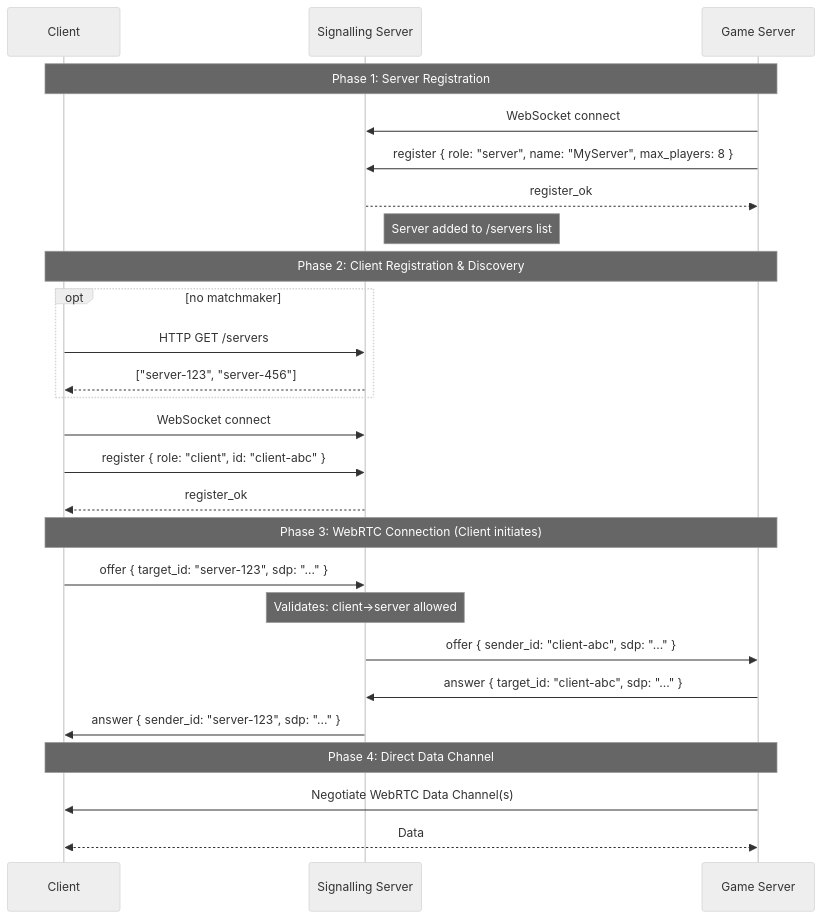
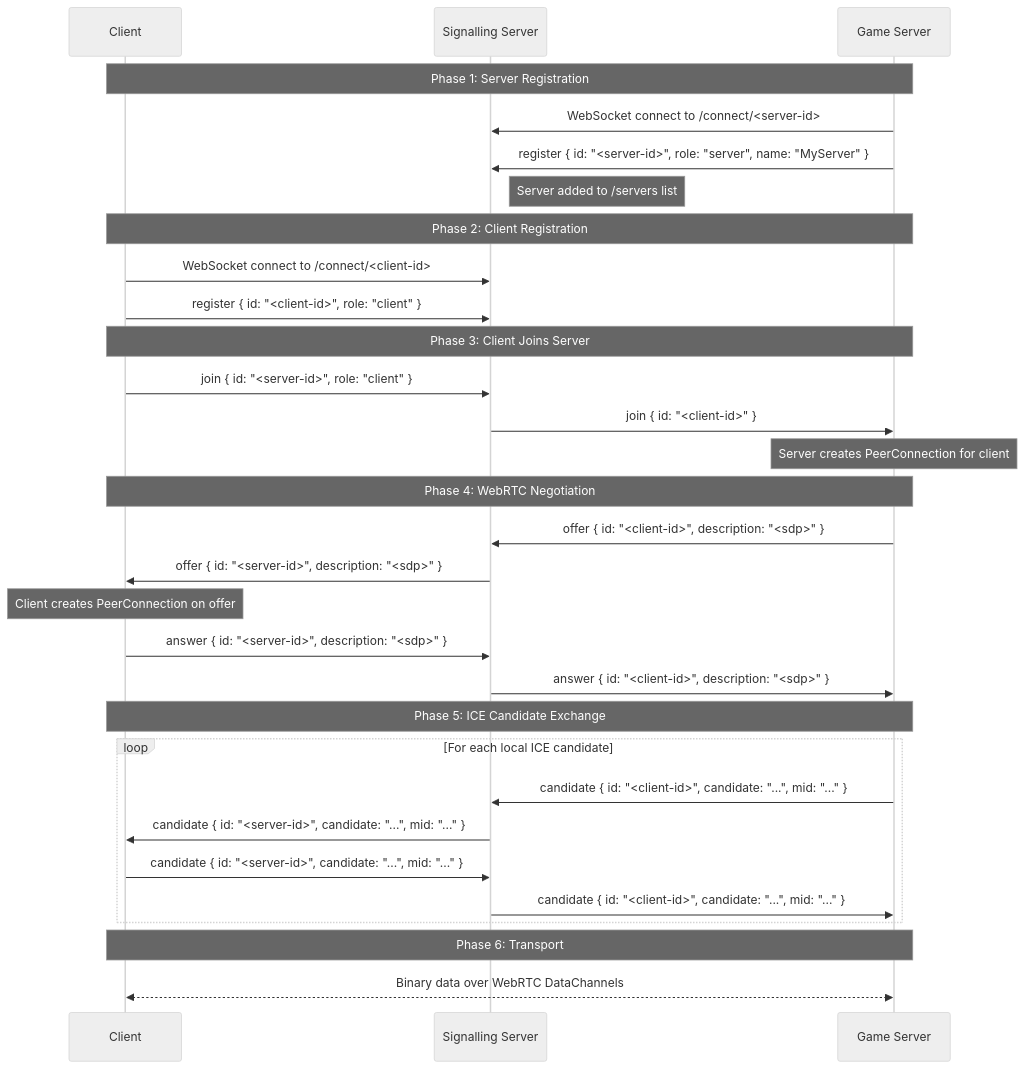
The second of 3 diagrams in docs/signalling.md (briansemrau/io-game-framework), drawn with Mermaid (neutral theme) before and after one commit. The commit also changed other lines of this file and 1 other file, not shown here.

````diff
--- a/docs/signalling.md
+++ b/docs/signalling.md
@@ -75,32 +87,38 @@
 ```mermaid
 sequenceDiagram
     participant C as Client
     participant S as Signalling Server
     participant G as Game Server
 
     Note over C,G: Phase 1: Server Registration
-    G->>S: WebSocket connect
-    G->>S: register { role: "server", name: "MyServer", max_players: 8 }
-    S-->>G: register_ok
+    G->>S: WebSocket connect to /connect/<server-id>
+    G->>S: register { id: "<server-id>", role: "server", name: "MyServer" }
     Note right of S: Server added to /servers list
 
-    Note over C,G: Phase 2: Client Registration & Discovery
-    opt no matchmaker
-    C->>S: HTTP GET /servers
-    S-->>C: ["server-123", "server-456"]
+    Note over C,G: Phase 2: Client Registration
+    C->>S: WebSocket connect to /connect/<client-id>
+    C->>S: register { id: "<client-id>", role: "client" }
+
+    Note over C,G: Phase 3: Client Joins Server
+    C->>S: join { id: "<server-id>", role: "client" }
+    S->>G: join { id: "<client-id>" }
+    Note over G: Server creates PeerConnection for client
+
+    Note over C,G: Phase 4: WebRTC Negotiation
+    G->>S: offer { id: "<client-id>", description: "<sdp>" }
+    S->>C: offer { id: "<server-id>", description: "<sdp>" }
+    Note over C: Client creates PeerConnection on offer
+    C->>S: answer { id: "<server-id>", description: "<sdp>" }
+    S->>G: answer { id: "<client-id>", description: "<sdp>" }
+
+    Note over C,G: Phase 5: ICE Candidate Exchange
+    loop For each local ICE candidate
+        G->>S: candidate { id: "<client-id>", candidate: "...", mid: "..." }
+        S->>C: candidate { id: "<server-id>", candidate: "...", mid: "..." }
+        C->>S: candidate { id: "<server-id>", candidate: "...", mid: "..." }
+        S->>G: candidate { id: "<client-id>", candidate: "...", mid: "..." }
     end
-    C->>S: WebSocket connect
-    C->>S: register { role: "client", id: "client-abc" }
-    S-->>C: register_ok
 
-    Note over C,G: Phase 3: WebRTC Connection (Client initiates)
-    C->>S: offer { target_id: "server-123", sdp: "..." }
-    Note over S: Validates: client→server allowed
-    S->>G: offer { sender_id: "client-abc", sdp: "..." }
-    G->>S: answer { target_id: "client-abc", sdp: "..." }
-    S->>C: answer { sender_id: "server-123", sdp: "..." }
-    
-    Note over C,G: Phase 4: Direct Data Channel
-    G->>C: Negotiate WebRTC Data Channel(s)
-    G<<-->>C: Data
+    Note over C,G: Phase 6: Transport
+    G<<-->>C: Binary data over WebRTC DataChannels
 ```
````
